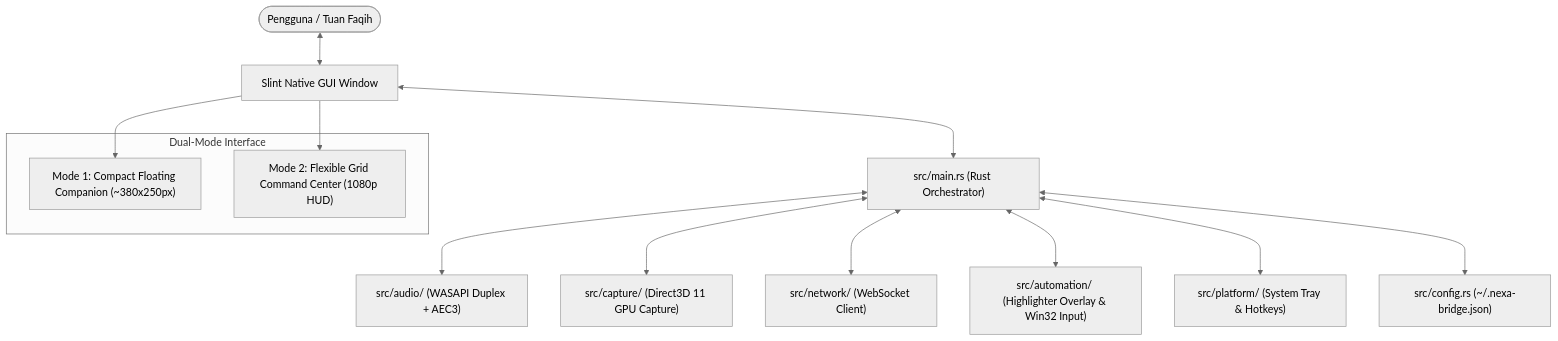
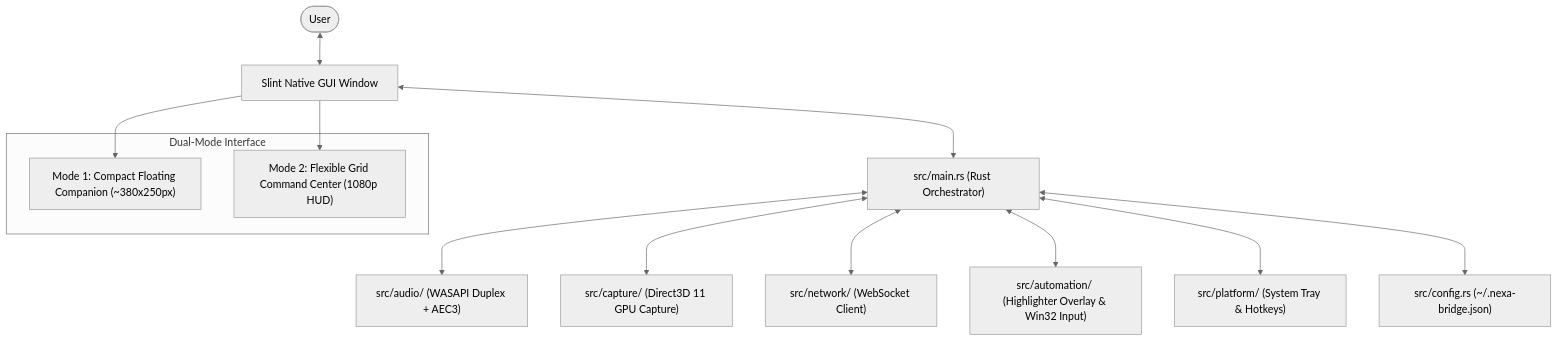
One commit to Knightrelaxed/nexa-windows-bridge changed the first of 2 diagrams in docs/UI_COMPONENTS_AND_SPECIFICATION.md. Above: the diagram before and after it, drawn with Mermaid (neutral theme). The commit also changed other lines of this file and 5 other files, not shown here.

````diff
--- a/docs/UI_COMPONENTS_AND_SPECIFICATION.md
+++ b/docs/UI_COMPONENTS_AND_SPECIFICATION.md
@@ -28,20 +28,20 @@
 ```mermaid
 flowchart TD
-    User([Pengguna / Tuan Faqih]) <--> UI[Slint Native GUI Window]
+    User([User]) <--> UI[Slint Native GUI Window]
     
     subgraph UI_MODES ["Dual-Mode Interface"]
         Mode1["Mode 1: Compact Floating Companion (~380x250px)"]
         Mode2["Mode 2: Flexible Grid Command Center (1080p HUD)"]
     end
     
     UI --> Mode1
     UI --> Mode2
     
     UI <--> RustBridge["src/main.rs (Rust Orchestrator)"]
     RustBridge <--> Audio["src/audio/ (WASAPI Duplex + AEC3)"]
     RustBridge <--> Vision["src/capture/ (Direct3D 11 GPU Capture)"]
     RustBridge <--> Network["src/network/ (WebSocket Client)"]
     RustBridge <--> Auto["src/automation/ (Highlighter Overlay & Win32 Input)"]
     RustBridge <--> Tray["src/platform/ (System Tray & Hotkeys)"]
     RustBridge <--> Config["src/config.rs (~/.nexa-bridge.json)"]
 ```
````
